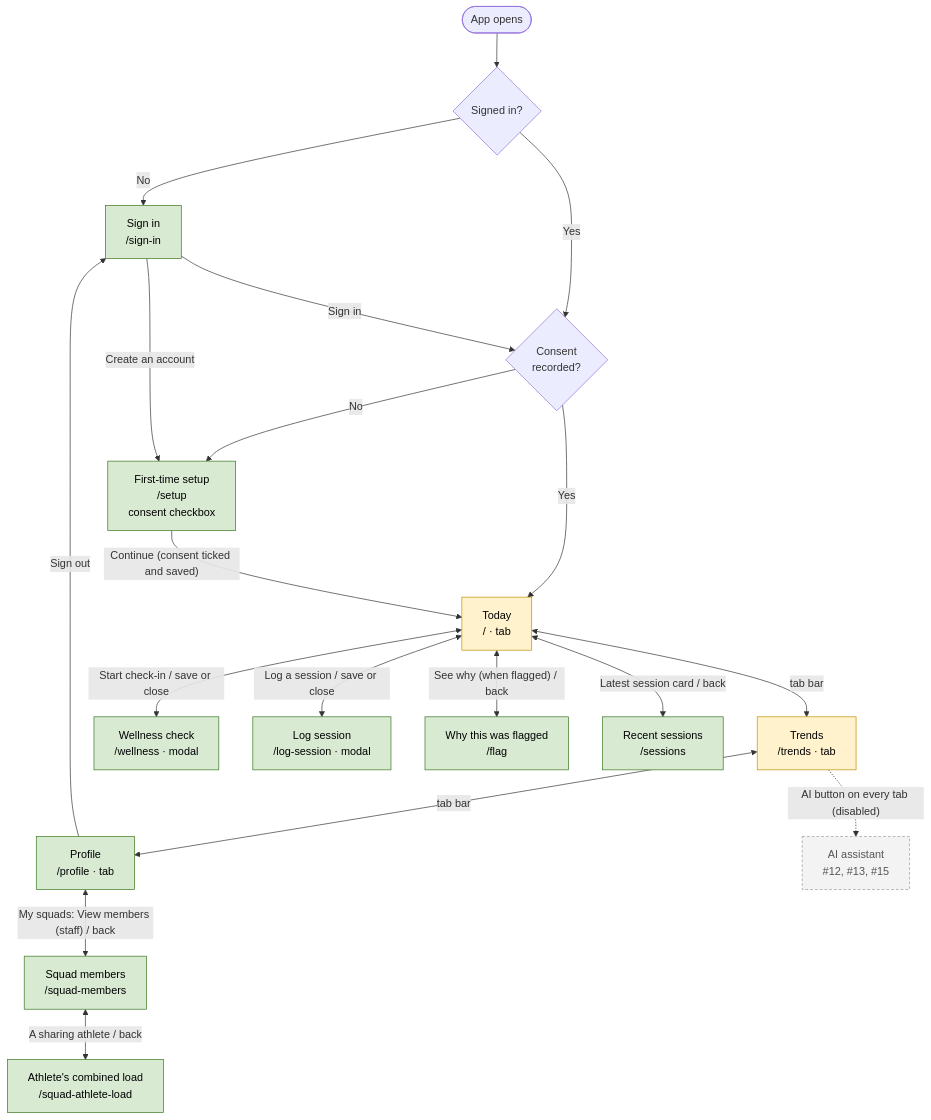
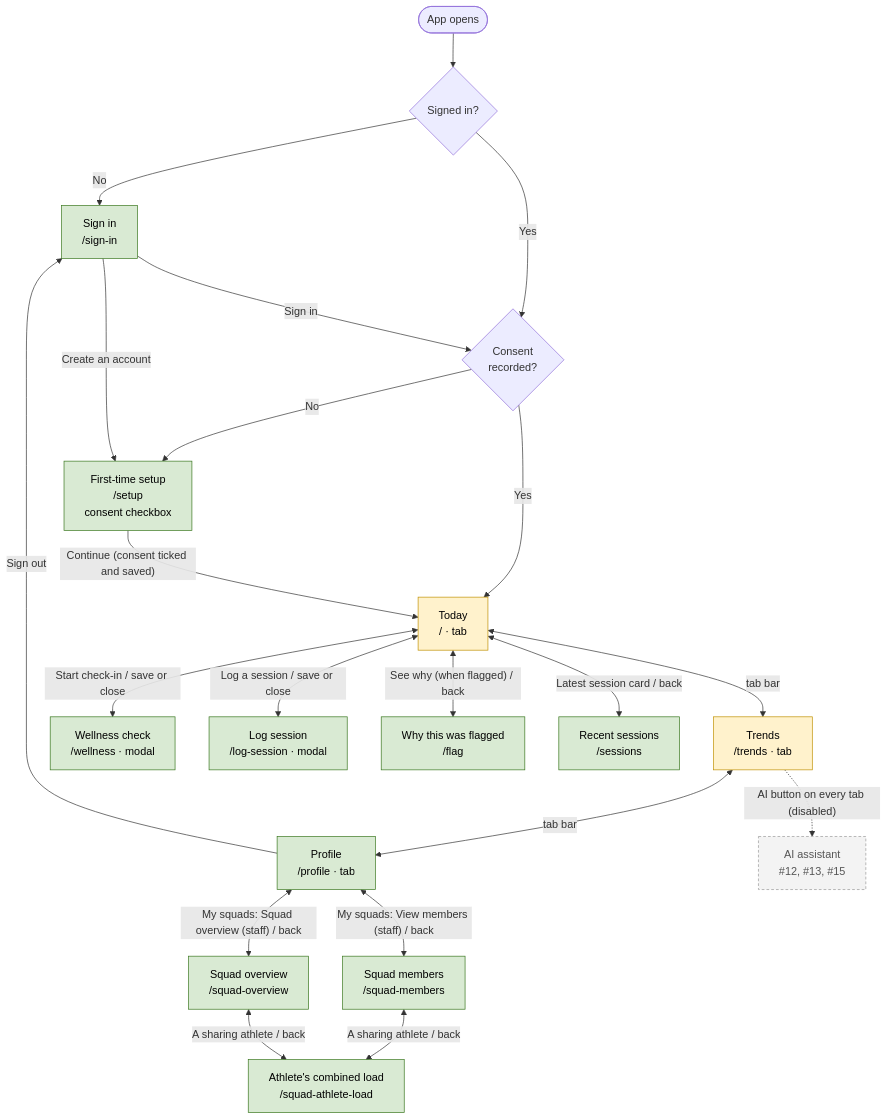
The first of 2 diagrams in docs/design/navigation-map.md (peterbryson/LoadWise), drawn with Mermaid before and after one commit. The commit also changed other lines of this file and 9 other files, not shown here.

First line of the commit message:
feat(mobile): squad overview screen for staff (#10)

````diff
--- a/docs/design/navigation-map.md
+++ b/docs/design/navigation-map.md
@@ -13,33 +13,35 @@
 ```mermaid
 flowchart TD
   start([App opens]) --> auth{Signed in?}
   auth -- No --> signin[Sign in<br/>/sign-in]
   auth -- Yes --> consent{Consent<br/>recorded?}
   consent -- Yes --> today
   consent -- No --> setup
   signin -- "Create an account" --> setup[First-time setup<br/>/setup<br/>consent checkbox]
   setup -- "Continue (consent ticked and saved)" --> today
   signin -- "Sign in" --> consent
 
   today[Today<br/>/ · tab]
   trends[Trends<br/>/trends · tab]
   profile[Profile<br/>/profile · tab]
   today <-- "tab bar" --> trends
   trends <-- "tab bar" --> profile
 
   today <-- "Start check-in / save or close" --> wellness[Wellness check<br/>/wellness · modal]
   today <-- "Log a session / save or close" --> logsession[Log session<br/>/log-session · modal]
   today <-- "See why (when flagged) / back" --> flag[Why this was flagged<br/>/flag]
   today <-- "Latest session card / back" --> history[Recent sessions<br/>/sessions]
   trends -.->|"AI button on every tab (disabled)"| ai[AI assistant<br/>#12, #13, #15]:::planned
 
   profile -- "Sign out" --> signin
   profile <-- "My squads: View members (staff) / back" --> members[Squad members<br/>/squad-members]
+  profile <-- "My squads: Squad overview (staff) / back" --> overview[Squad overview<br/>/squad-overview]
   members <-- "A sharing athlete / back" --> athleteload[Athlete's combined load<br/>/squad-athlete-load]
+  overview <-- "A sharing athlete / back" --> athleteload
 
-  class signin,setup,profile,wellness,logsession,history,flag,members,athleteload real
+  class signin,setup,profile,wellness,logsession,history,flag,members,overview,athleteload real
   class today,trends preview
   classDef real fill:#d9ead3,stroke:#38761d,color:#000
   classDef preview fill:#fff2cc,stroke:#bf9000,color:#000
   classDef planned fill:#f3f3f3,stroke:#999,stroke-dasharray:4 3,color:#555
 ```
````
